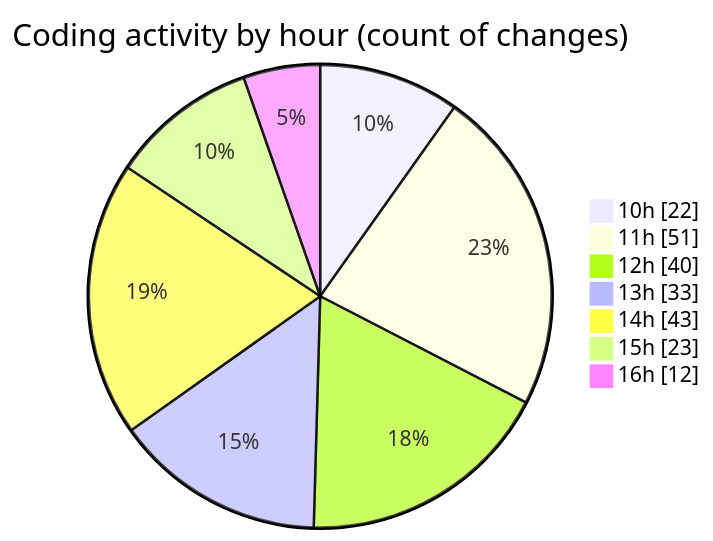
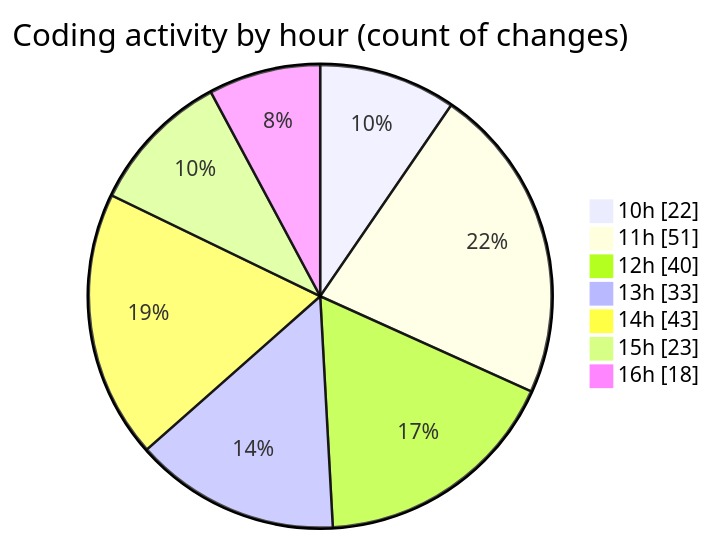
Before and after one commit to momahboobian/code-tracking: the second of 2 diagrams in 2025-04-29/cda/README.md, drawn with Mermaid. The commit also changed other lines of this file and 1 other file, not shown here.

````diff
--- a/2025-04-29/cda/README.md
+++ b/2025-04-29/cda/README.md
@@ -55,11 +55,11 @@
 ```mermaid
 pie showData
 title Coding activity by hour (count of changes)
 "10h" : 22
 "11h" : 51
 "12h" : 40
 "13h" : 33
 "14h" : 43
 "15h" : 23
-"16h" : 12
+"16h" : 18
 ```
````
